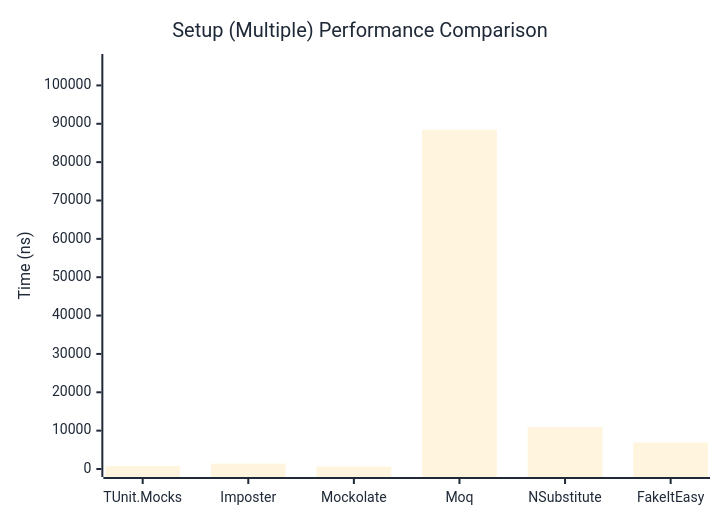
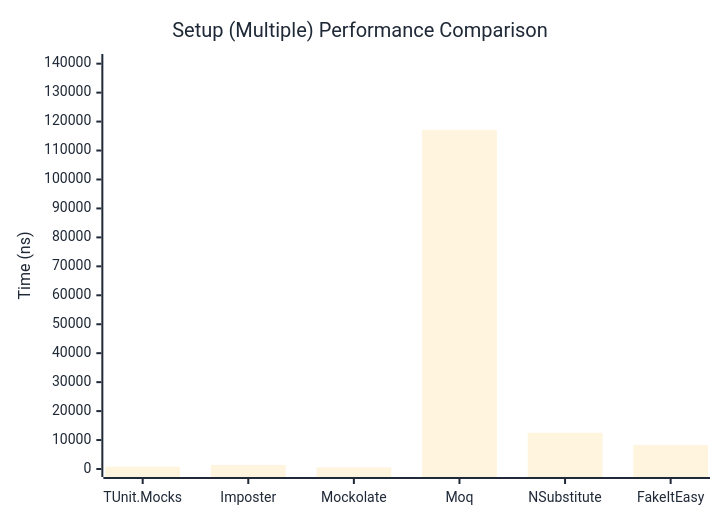
Before and after one commit to thomhurst/TUnit: the second of 2 diagrams in docs/docs/benchmarks/mocks/Setup.md, drawn with Mermaid. The commit also changed other lines of this file and 14 other files, not shown here.

````diff
--- a/docs/docs/benchmarks/mocks/Setup.md
+++ b/docs/docs/benchmarks/mocks/Setup.md
@@ -71,27 +71,27 @@
 ```mermaid
 %%{init: {
   'theme':'base',
   'themeVariables': {
     'primaryColor': '#2563eb',
     'primaryTextColor': '#1f2937',
     'primaryBorderColor': '#1e40af',
     'lineColor': '#6b7280',
     'secondaryColor': '#7c3aed',
     'tertiaryColor': '#dc2626',
     'background': '#ffffff',
     'pie1': '#2563eb',
     'pie2': '#7c3aed',
     'pie3': '#dc2626',
     'pie4': '#f59e0b',
     'pie5': '#10b981',
     'pie6': '#06b6d4',
     'pie7': '#ec4899',
     'pie8': '#6366f1'
   }
 }}%%
 xychart-beta
   title "Setup (Multiple) Performance Comparison"
   x-axis ["TUnit.Mocks", "Imposter", "Mockolate", "Moq", "NSubstitute", "FakeItEasy"]
-  y-axis "Time (ns)" 0 --> 106104
-  bar [795.3, 1407.5, 613, 88420, 10975.5, 6901.6]
+  y-axis "Time (ns)" 0 --> 140578
+  bar [799.6, 1410.3, 571.9, 117147.8, 12511.2, 8291.6]
 ```
````
